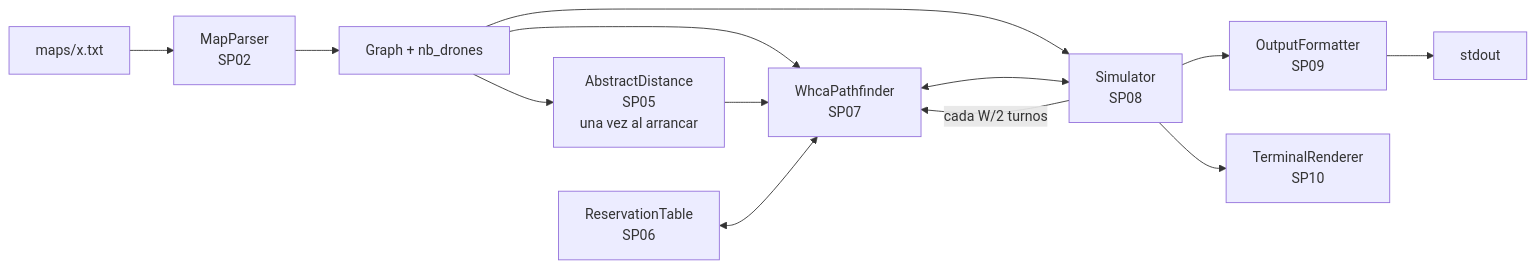
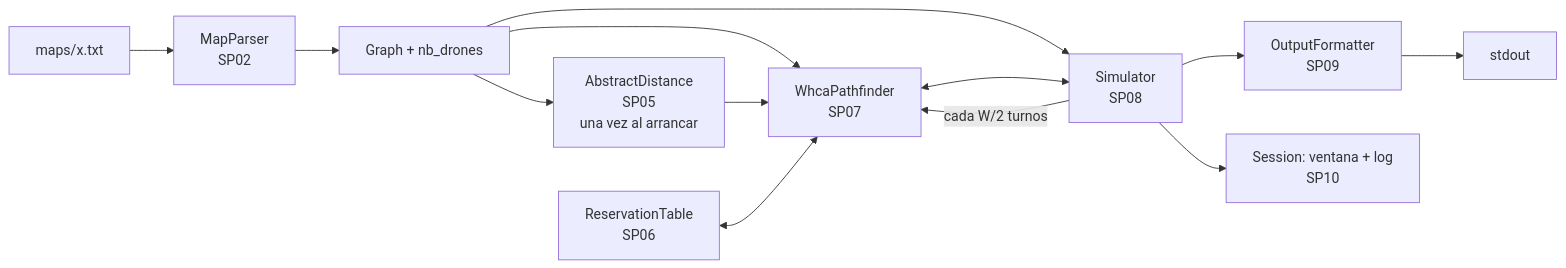
The second of 2 diagrams in docs/02-arquitectura.md (0xARCOS/Fly-In), drawn with Mermaid before and after one commit. The commit also changed other lines of this file and 33 other files, not shown here.

````diff
--- a/docs/02-arquitectura.md
+++ b/docs/02-arquitectura.md
@@ -215,15 +213,15 @@
 ```mermaid
 flowchart LR
     F[maps/x.txt] --> P[MapParser<br/>SP02]
     P --> G[Graph + nb_drones]
     G --> AD[AbstractDistance<br/>SP05<br/>una vez al arrancar]
     G --> W[WhcaPathfinder<br/>SP07]
     AD --> W
     RT[ReservationTable<br/>SP06] <--> W
     G --> S[Simulator<br/>SP08]
     W <--> S
     S -->|cada W/2 turnos| W
     S --> O[OutputFormatter<br/>SP09]
-    S --> V[TerminalRenderer<br/>SP10]
+    S --> V[Session: ventana + log<br/>SP10]
     O --> STDOUT[stdout]
 ```
````
